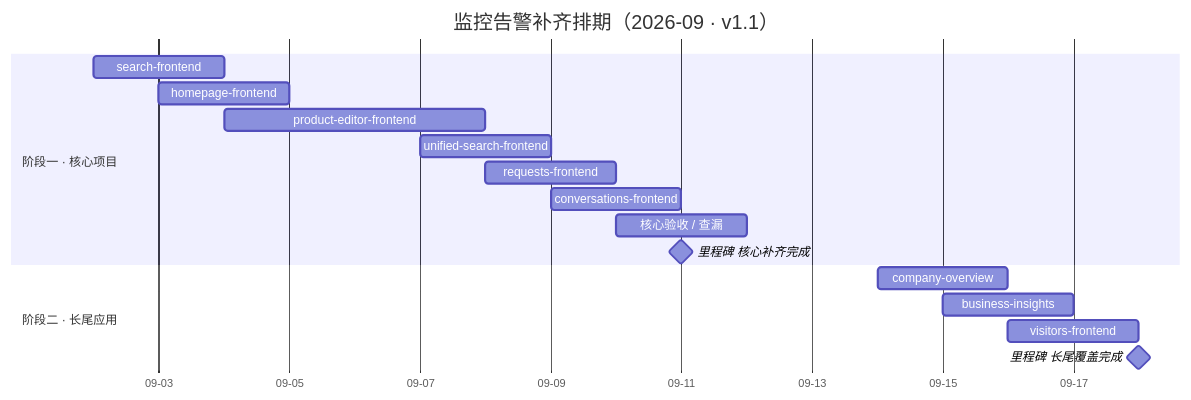
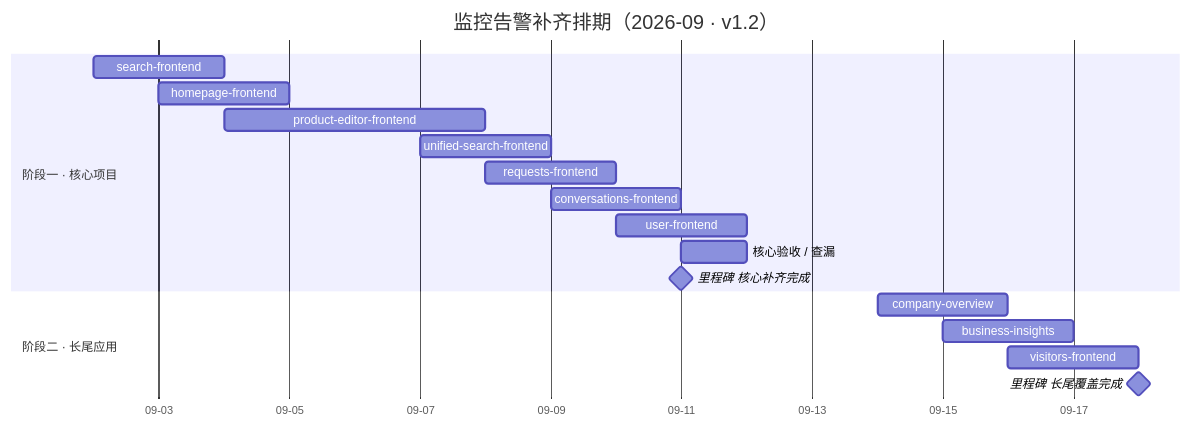
The diagram in projects-management/monitor-alert/ROADMAP.md (junyang-visable/my-ai), drawn with Mermaid before and after one commit. The commit also changed other lines of this file and 1 other file, not shown here.

First line of the commit message:
docs(monitor-alert): add user-frontend to plan, roadmap v1.2

````diff
--- a/projects-management/monitor-alert/ROADMAP.md
+++ b/projects-management/monitor-alert/ROADMAP.md
@@ -18,21 +20,22 @@
 ```mermaid
 gantt
-    title 监控告警补齐排期（2026-09 · v1.1）
+    title 监控告警补齐排期（2026-09 · v1.2）
     dateFormat YYYY-MM-DD
     axisFormat %m-%d
     todayMarker off
     section 阶段一 · 核心项目
     search-frontend          :2026-09-02, 2d
     homepage-frontend        :2026-09-03, 2d
     product-editor-frontend  :2026-09-04, 4d
     unified-search-frontend  :2026-09-07, 2d
     requests-frontend        :2026-09-08, 2d
     conversations-frontend   :2026-09-09, 2d
-    核心验收 / 查漏           :2026-09-10, 2d
+    user-frontend            :2026-09-10, 2d
+    核心验收 / 查漏           :2026-09-11, 1d
     里程碑 核心补齐完成       :milestone, 2026-09-11, 0d
     section 阶段二 · 长尾应用
     company-overview         :2026-09-14, 2d
     business-insights        :2026-09-15, 2d
     visitors-frontend        :2026-09-16, 2d
     里程碑 长尾覆盖完成       :milestone, 2026-09-18, 0d
 ```
````
